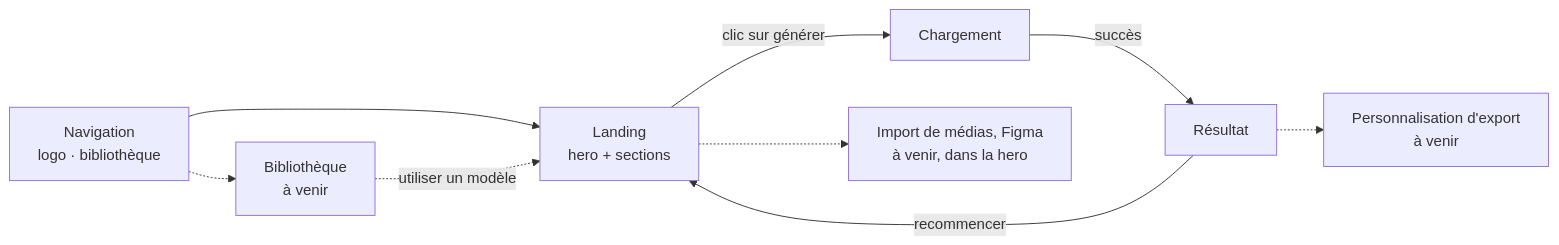
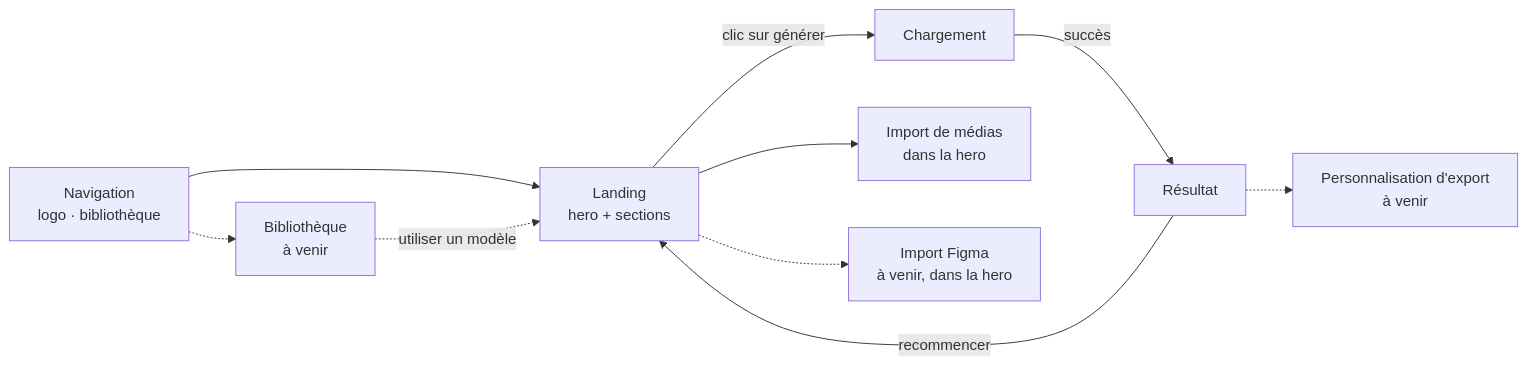
One commit to theo-caiafa/Viewly changed the first of 2 diagrams in docs/plan-du-site.md. Above: the diagram before and after it, drawn with Mermaid. The commit also changed other lines of this file and 2 other files, not shown here.

First line of the commit message:
Consolide le design system Figma et la page de resultat, corrige le plan du site

````diff
--- a/docs/plan-du-site.md
+++ b/docs/plan-du-site.md
@@ -22,11 +22,12 @@
 ```mermaid
 flowchart LR
     NAV["Navigation<br>logo · bibliothèque"] --> L["Landing<br>hero + sections"]
     L -->|"clic sur générer"| C["Chargement"]
     C -->|"succès"| R["Résultat"]
     R -->|"recommencer"| L
     NAV -.-> B["Bibliothèque<br>à venir"]
     B -.->|"utiliser un modèle"| L
-    L -.-> I["Import de médias, Figma<br>à venir, dans la hero"]
+    L --> I["Import de médias<br>dans la hero"]
+    L -.-> IF["Import Figma<br>à venir, dans la hero"]
     R -.-> P["Personnalisation d'export<br>à venir"]
 ```
````
